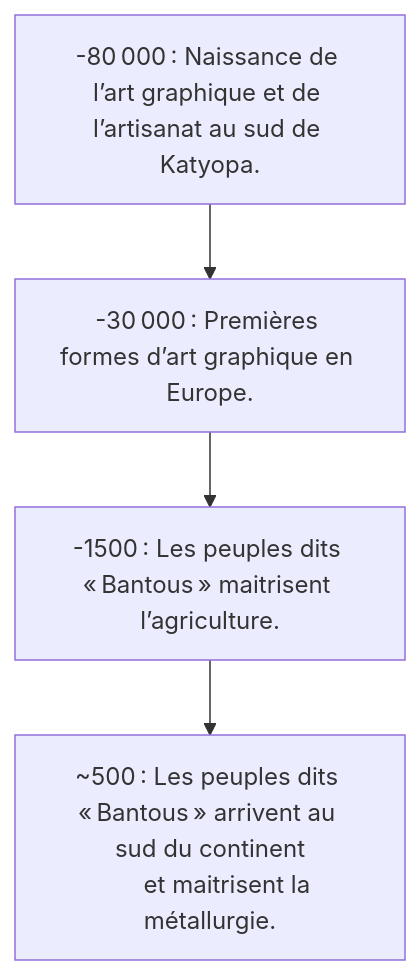
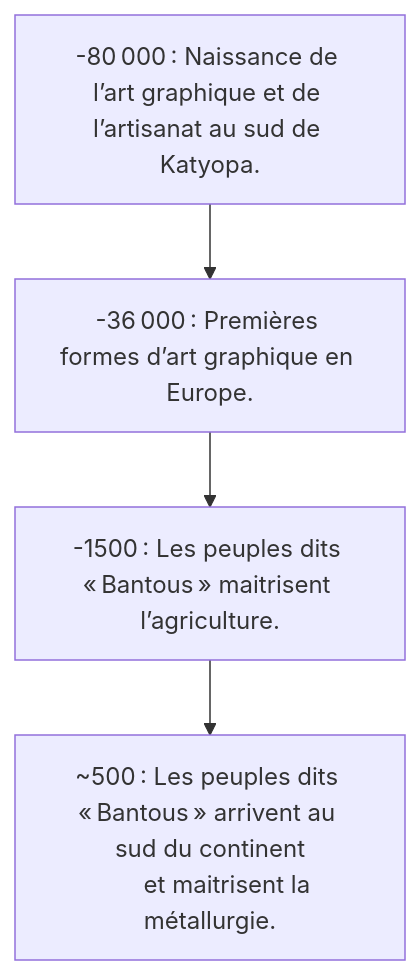
The diagram in en-cours/histoire/avancées-technologiques.md (ba-moun/Ba-Moun-Save), drawn with Mermaid before and after one commit. The commit also changed other lines of this file, not shown here.

````diff
--- a/en-cours/histoire/avancées-technologiques.md
+++ b/en-cours/histoire/avancées-technologiques.md
@@ -15,14 +15,14 @@
 ```mermaid
 flowchart TB
    graphicArts["-80 000 : Naissance de l’art graphique et de l’artisanat au sud de Katyopa."]
    
-   graphicArtsInEu["-30 000 : Premières formes d’art graphique en Europe."]
+   graphicArtsInEu["-36 000 : Premières formes d’art graphique en Europe."]
 
    agriculture["-1500 : Les peuples dits « Bantous » maitrisent l’agriculture."]
    
    metalworkingIndustry["~500 : Les peuples dits « Bantous » arrivent au sud du continent
       et maitrisent la métallurgie."]
       
    graphicArts --> graphicArtsInEu --> agriculture --> metalworkingIndustry
    
 ```
````
